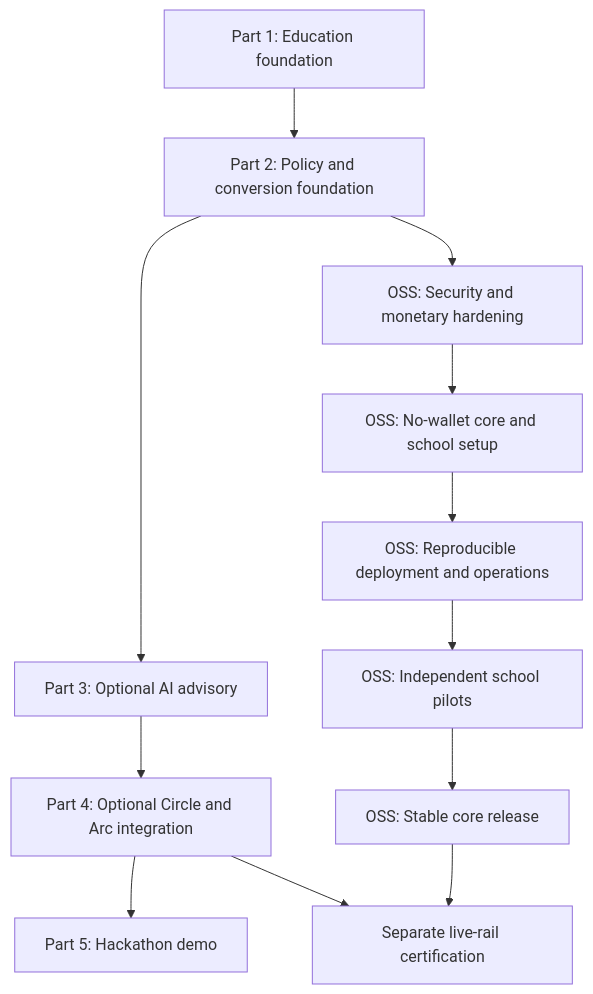
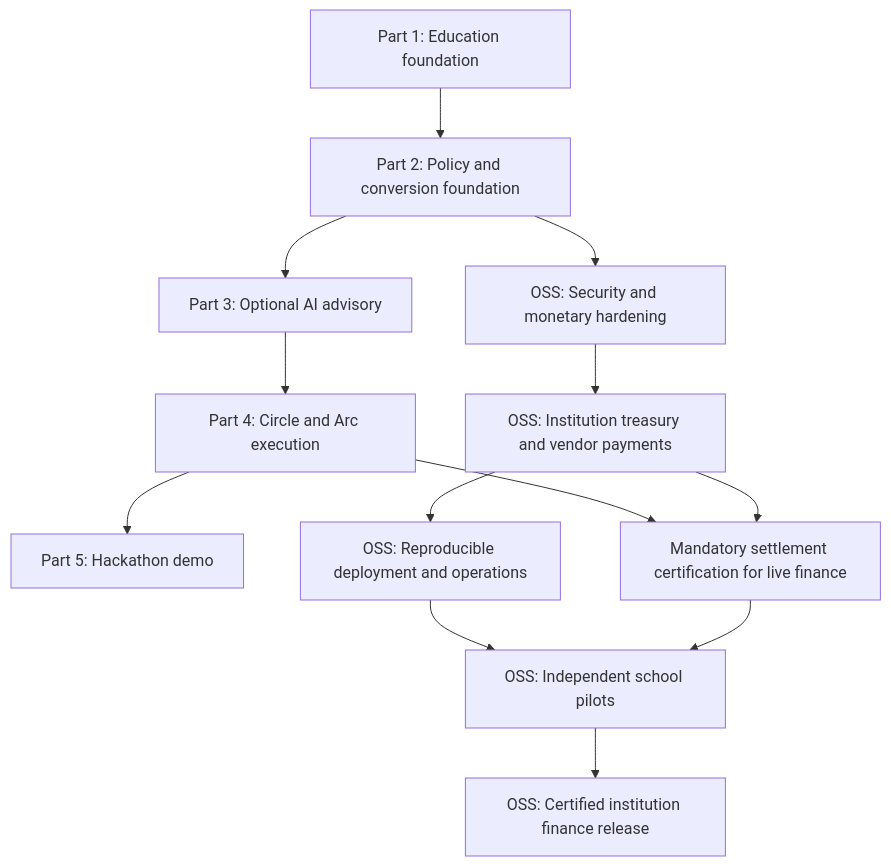
The second of 4 diagrams in PLAN.md (exurb3r/EduFlow), drawn with Mermaid before and after one commit. The commit also changed other lines of this file, not shown here.

Commit message:
docs(plan): align institution financial agent with Circle Agent Stack and Arc USDC as primary rails

````diff
--- a/PLAN.md
+++ b/PLAN.md
@@ -68,14 +72,15 @@
 ```mermaid
 graph TD
     P1[Part 1: Education foundation] --> P2[Part 2: Policy and conversion foundation]
     P2 --> P3[Part 3: Optional AI advisory]
-    P3 --> P4[Part 4: Optional Circle and Arc integration]
+    P3 --> P4[Part 4: Circle and Arc execution]
     P4 --> P5[Part 5: Hackathon demo]
     P2 --> O1[OSS: Security and monetary hardening]
-    O1 --> O2[OSS: No-wallet core and school setup]
+    O1 --> O2[OSS: Institution treasury and vendor payments]
     O2 --> O3[OSS: Reproducible deployment and operations]
     O3 --> O4[OSS: Independent school pilots]
-    O4 --> O5[OSS: Stable core release]
-    P4 --> R1[Separate live-rail certification]
-    O5 --> R1
+    O4 --> O5[OSS: Certified institution finance release]
+    P4 --> R1[Mandatory settlement certification for live finance]
+    O2 --> R1
+    R1 --> O4
 ```
````
